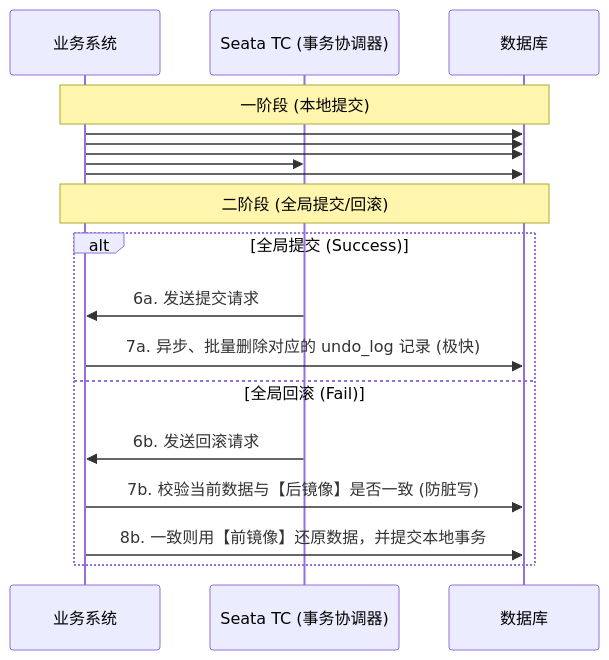
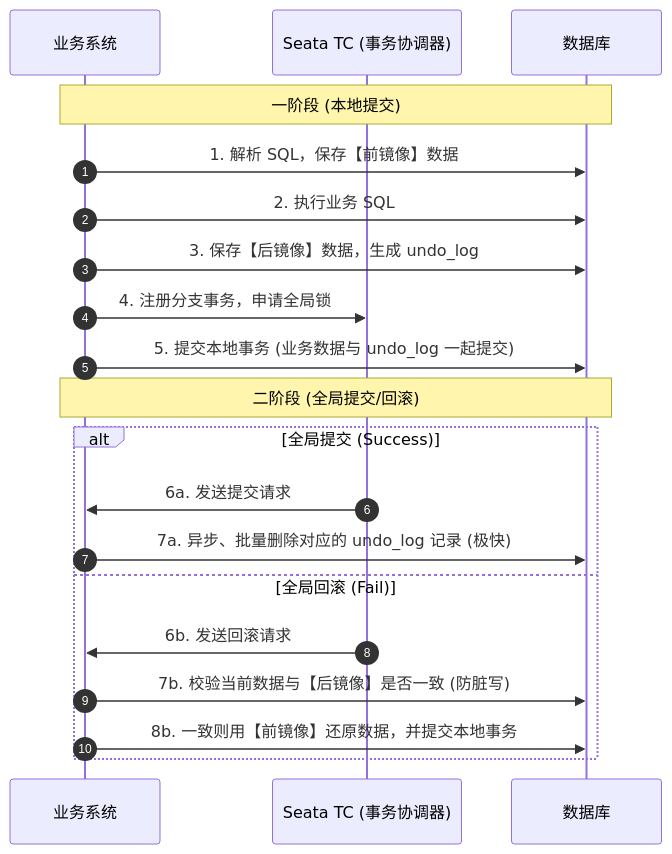
Before and after one commit to Aiden-Coding/AiDocs: the second of 2 diagrams in 06-Distributed-System/Distributed-Transactions.md, drawn with Mermaid. The commit also changed other lines of this file and 17 other files, not shown here.

Commit message:
docs: 完善并修复所有章节的 Markdown 文档、Mermaid 图表与表格

````diff
--- a/06-Distributed-System/Distributed-Transactions.md
+++ b/06-Distributed-System/Distributed-Transactions.md
@@ -104,28 +84,24 @@
 ```mermaid
 sequenceDiagram
+    autonumber
     participant Client as 业务系统
     participant TC as Seata TC (事务协调器)
     participant DB as 数据库
 
     Note over Client,DB: 一阶段 (本地提交)
-    Client->>DB:
-
-   Client->>DB:
-
-   Client->>DB:
-
-   Client->>TC:
-
-   Client->>DB:
-
+    Client->>DB: 1. 解析 SQL，保存【前镜像】数据
+    Client->>DB: 2. 执行业务 SQL
+    Client->>DB: 3. 保存【后镜像】数据，生成 undo_log
+    Client->>TC: 4. 注册分支事务，申请全局锁
+    Client->>DB: 5. 提交本地事务 (业务数据与 undo_log 一起提交)
 
     Note over Client,DB: 二阶段 (全局提交/回滚)
     alt 全局提交 (Success)
         TC->>Client: 6a. 发送提交请求
         Client->>DB: 7a. 异步、批量删除对应的 undo_log 记录 (极快)
     else 全局回滚 (Fail)
         TC->>Client: 6b. 发送回滚请求
         Client->>DB: 7b. 校验当前数据与【后镜像】是否一致 (防脏写)
         Client->>DB: 8b. 一致则用【前镜像】还原数据，并提交本地事务
     end
 ```
````
